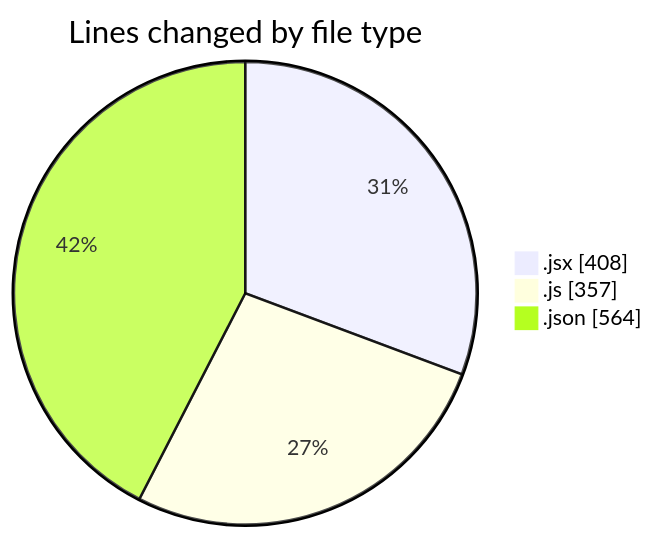
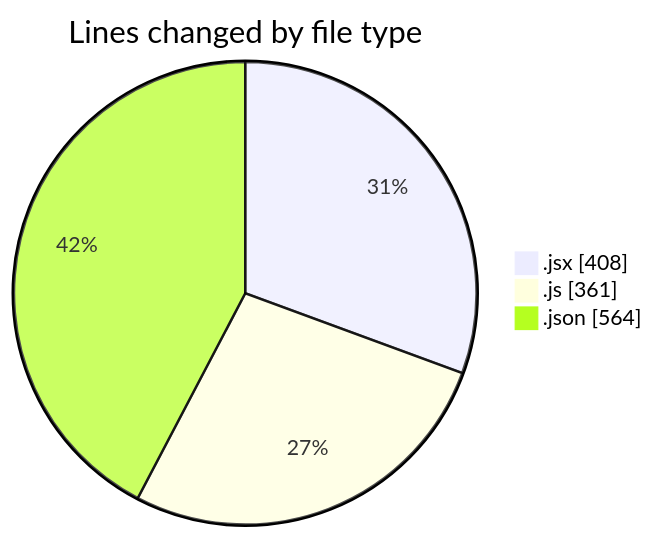
One commit to nxtqubesakshisongat/code-tracking changed the first of 2 diagrams in 2025-06-27/nxtqube_webapp/README.md. Above: the diagram before and after it, drawn with Mermaid. The commit also changed other lines of this file and 1 other file, not shown here.

````diff
--- a/2025-06-27/nxtqube_webapp/README.md
+++ b/2025-06-27/nxtqube_webapp/README.md
@@ -22,7 +22,7 @@
 ```mermaid
 pie showData
 title Lines changed by file type
 ".jsx" : 408
-".js" : 357
+".js" : 361
 ".json" : 564
 ```
````
